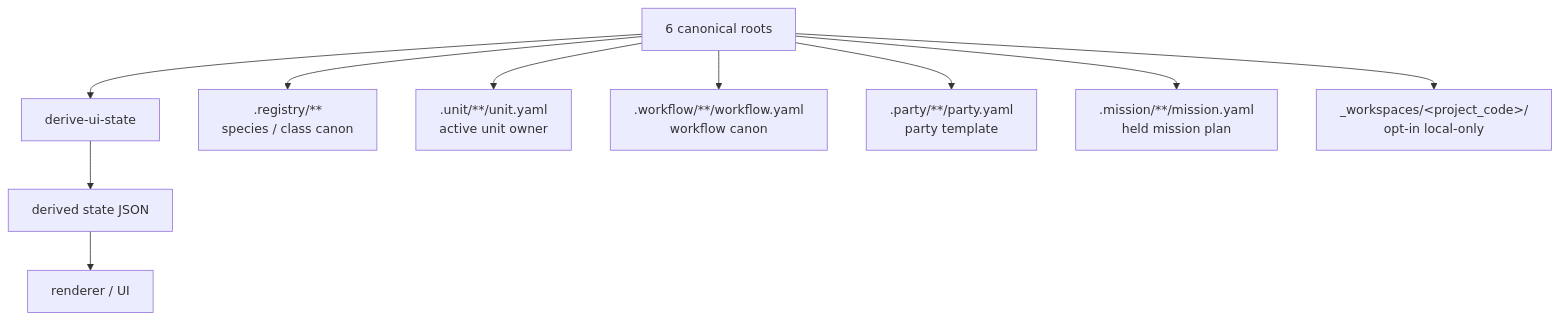
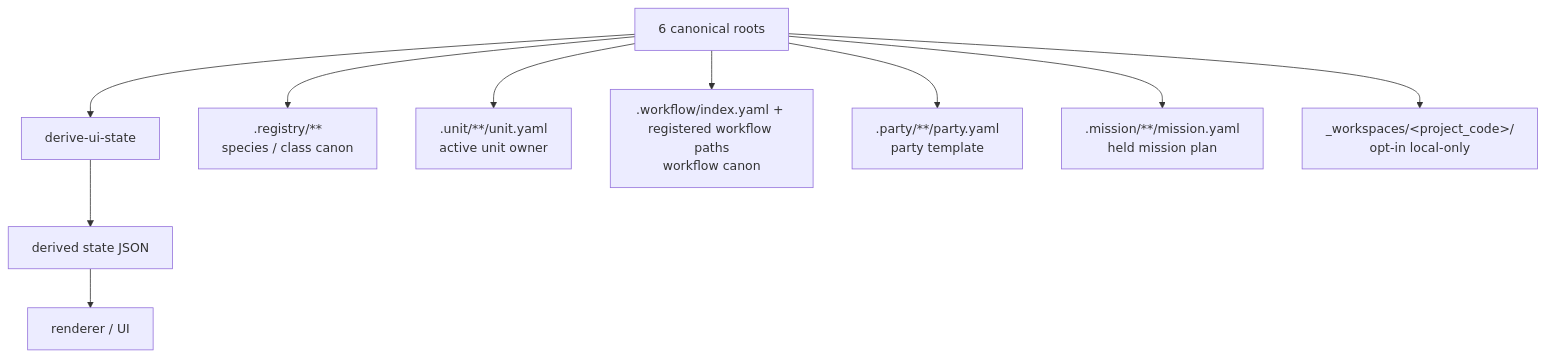
The diagram in docs/architecture/ui/UI_SOURCE_MAP.md (SungYongMOON/soulforge), drawn with Mermaid before and after one commit. The commit also changed other lines of this file and 13 other files, not shown here.

Commit message:
docs: system 워크플로우 랩 경계와 성숙도 정렬

````diff
--- a/docs/architecture/ui/UI_SOURCE_MAP.md
+++ b/docs/architecture/ui/UI_SOURCE_MAP.md
@@ -18,12 +18,12 @@
 ```mermaid
 flowchart TD
   SRC["6 canonical roots"] --> DR["derive-ui-state"]
   DR --> DS["derived state JSON"]
   DS --> UI["renderer / UI"]
   SRC --> A[".registry/**<br/>species / class canon"]
   SRC --> U[".unit/**/unit.yaml<br/>active unit owner"]
-  SRC --> W[".workflow/**/workflow.yaml<br/>workflow canon"]
+  SRC --> W[".workflow/index.yaml + registered workflow paths<br/>workflow canon"]
   SRC --> P[".party/**/party.yaml<br/>party template"]
   SRC --> M[".mission/**/mission.yaml<br/>held mission plan"]
   SRC --> X["_workspaces/&lt;project_code&gt;/<br/>opt-in local-only"]
 ```
````
